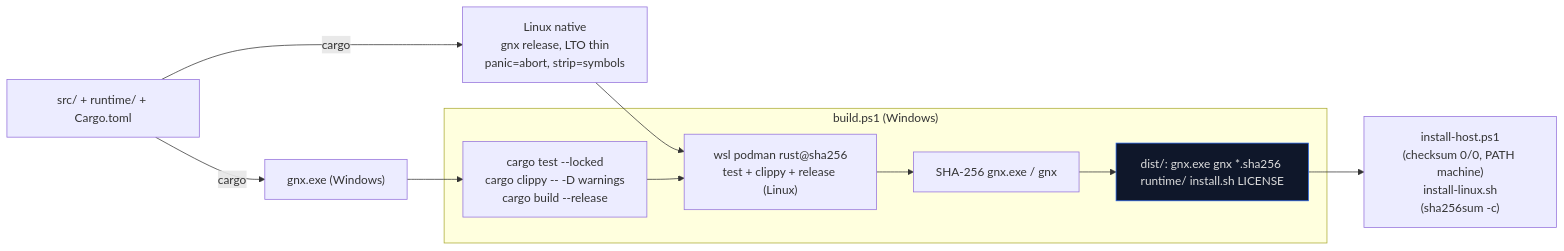
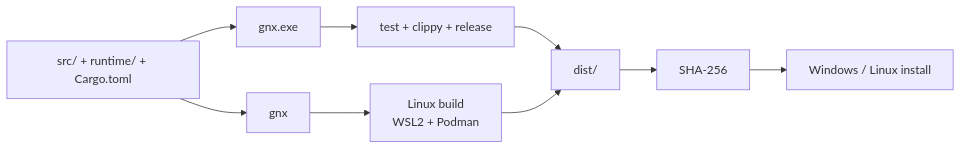
One commit to mayas-alas/quetzalcoatl changed the sixth of 6 diagrams in docs/arquitectura.md. Above: the diagram before and after it, drawn with Mermaid. The commit also changed other lines of this file and 9 other files, not shown here.

````diff
--- a/docs/arquitectura.md
+++ b/docs/arquitectura.md
@@ -225,17 +287,14 @@
 ```mermaid
 flowchart LR
-    SRC["src/ + runtime/ + Cargo.toml"] -->|"cargo"| LINUX["Linux native<br/>gnx release, LTO thin<br/>panic=abort, strip=symbols"]
-    SRC -->|"cargo"| WIN["gnx.exe (Windows)"]
+    SRC["src/ + runtime/ + Cargo.toml"] --> WIN["gnx.exe"]
+    SRC --> LINUX["gnx"]
 
-    subgraph BUILD["build.ps1 (Windows)"]
-        GATES["cargo test --locked<br/>cargo clippy -- -D warnings<br/>cargo build --release"]
-        WSLBUILD["wsl podman rust@sha256<br/>test + clippy + release (Linux)"]
-        HASH["SHA-256 gnx.exe / gnx"]
-        DIST["dist/: gnx.exe gnx *.sha256 runtime/ install.sh LICENSE"]
-    end
+    WIN --> GATES["test + clippy + release"]
+    LINUX --> WSLBUILD["Linux build<br/>WSL2 + Podman"]
 
-    LINUX --> WSLBUILD
-    WIN --> GATES --> WSLBUILD --> HASH --> DIST
-    DIST --> INST["install-host.ps1<br/>(checksum 0/0, PATH machine)<br/>install-linux.sh<br/>(sha256sum -c)"]
-    style DIST fill:#0f172a,stroke:#2563eb,color:#ddd
+    GATES --> DIST["dist/"]
+    WSLBUILD --> DIST
+
+    DIST --> HASH["SHA-256"]
+    HASH --> INSTALL["Windows / Linux install"]
 ```
````
